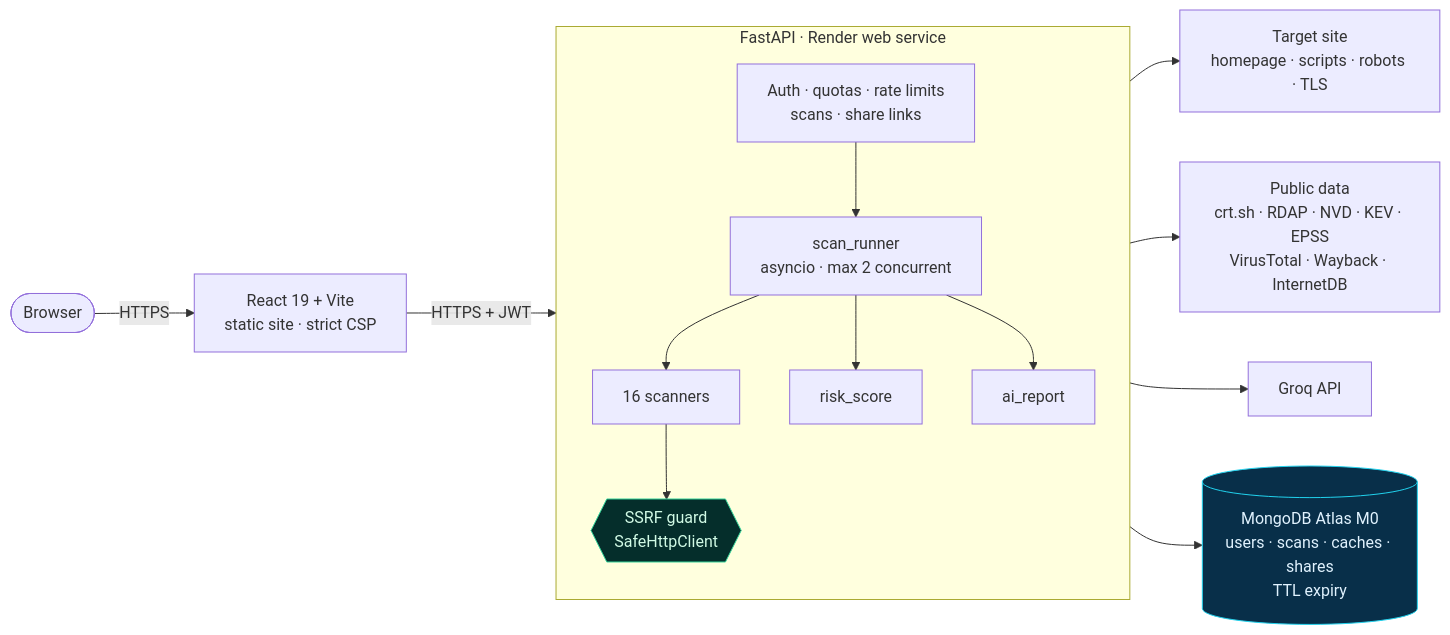
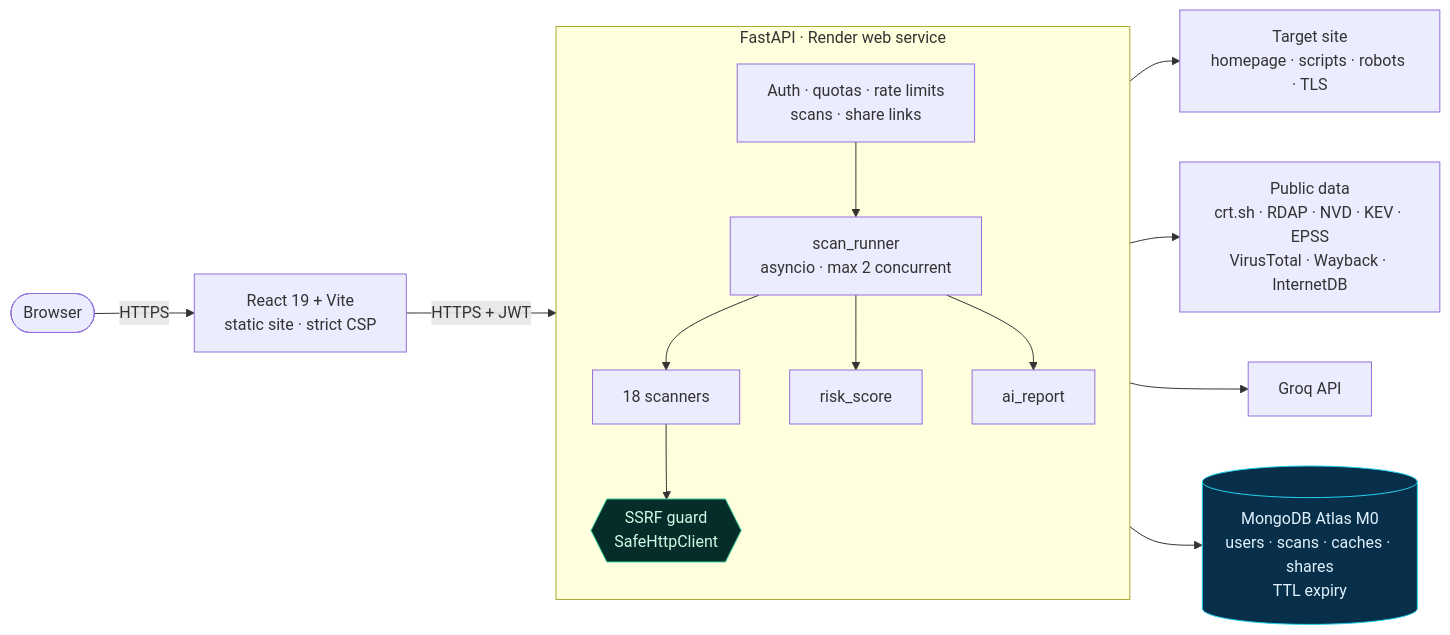
Before and after one commit to munisaidivith19-sketch/ReconLens: the second of 2 diagrams in README.md, drawn with Mermaid. The commit also changed other lines of this file and 23 other files, not shown here.

````diff
--- a/README.md
+++ b/README.md
@@ -173,24 +177,24 @@
 ```mermaid
 flowchart LR
     B([Browser]) -->|HTTPS| FE["React 19 + Vite<br/>static site · strict CSP"]
     FE -->|"HTTPS + JWT"| API
 
     subgraph API["FastAPI · Render web service"]
         direction TB
         R["Auth · quotas · rate limits<br/>scans · share links"] --> RUN["scan_runner<br/>asyncio · max 2 concurrent"]
-        RUN --> SC["16 scanners"]
+        RUN --> SC["18 scanners"]
         RUN --> RS["risk_score"]
         RUN --> AI["ai_report"]
         SC --> GUARD{{"SSRF guard<br/>SafeHttpClient"}}
     end
 
     API --> DB[("MongoDB Atlas M0<br/>users · scans · caches · shares<br/>TTL expiry")]
     GUARD --> T["Target site<br/>homepage · scripts · robots · TLS"]
     GUARD --> P["Public data<br/>crt.sh · RDAP · NVD · KEV · EPSS<br/>VirusTotal · Wayback · InternetDB"]
     AI --> GQ["Groq API"]
 
     classDef guard fill:#052e2b,stroke:#34d399,color:#d1fae5
     classDef store fill:#082f49,stroke:#22d3ee,color:#e0f2fe
     class GUARD guard
     class DB store
 ```
````
